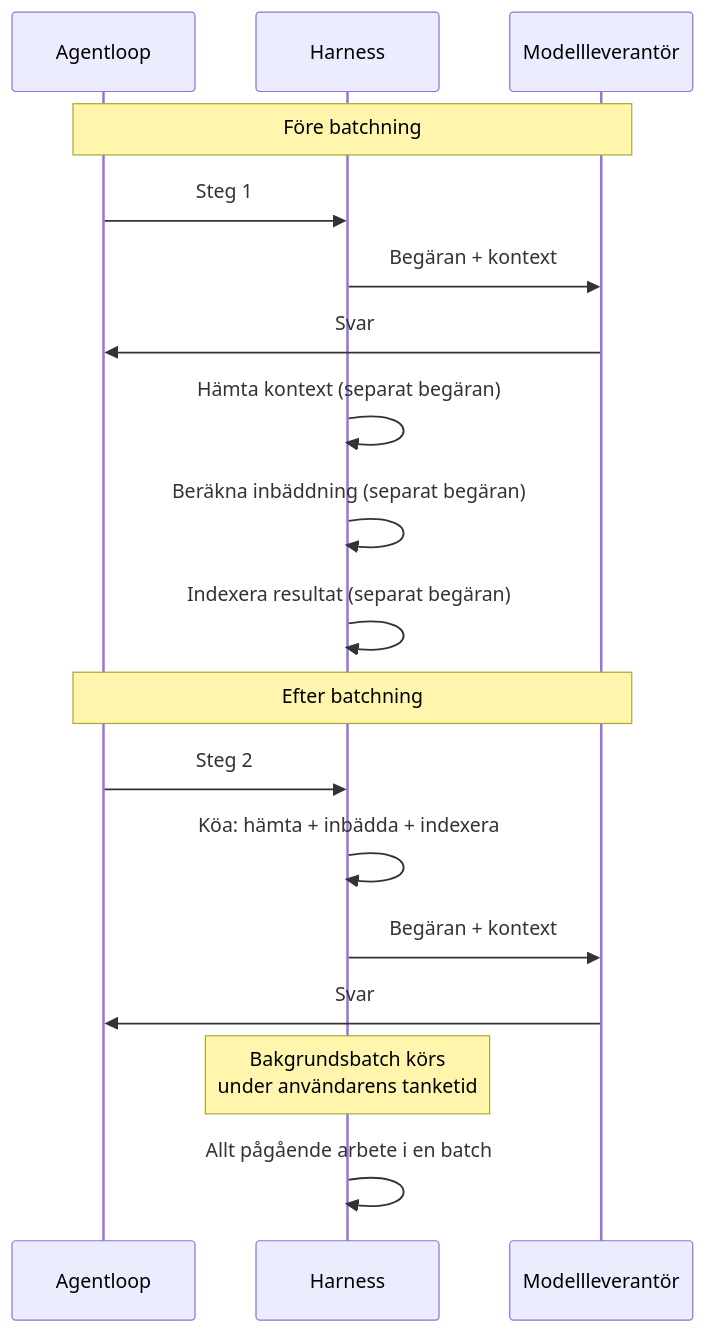
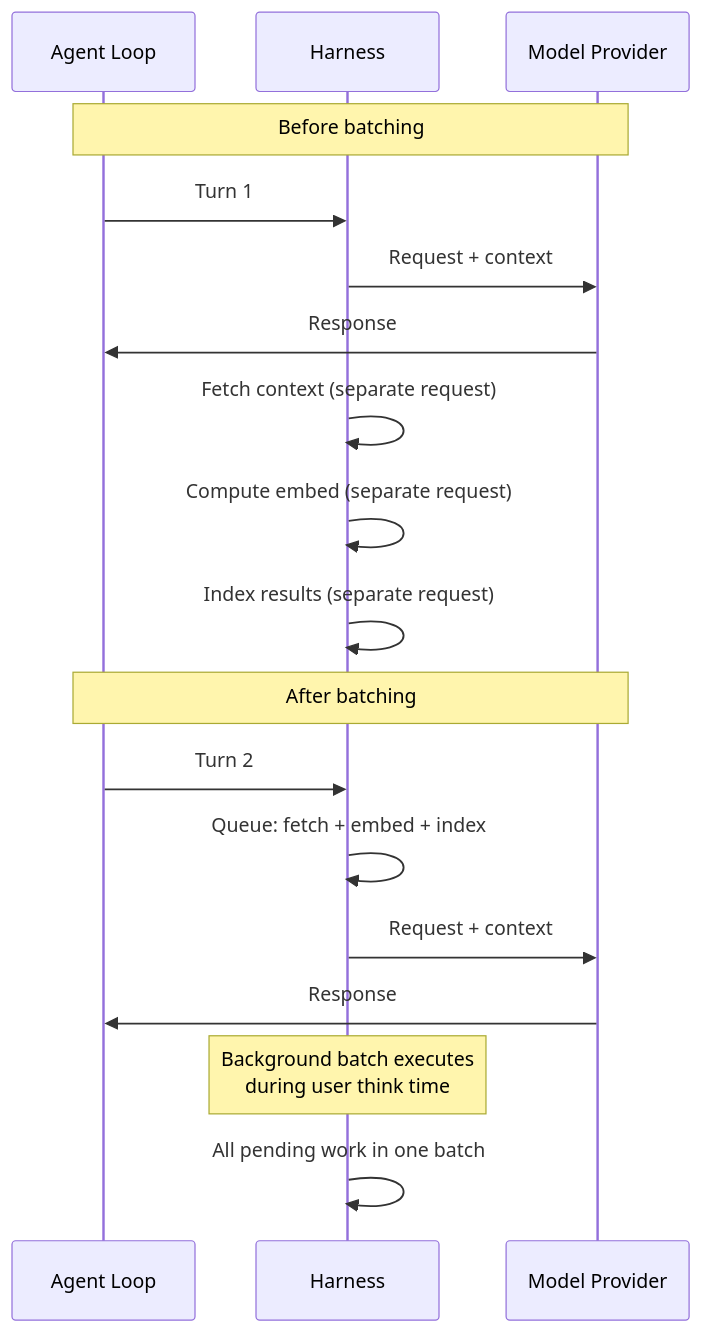
The second of 3 diagrams in token-economy-course/src/content/docs/sv/09-under-the-hood.mdx (dandahprecio/vibe-on-budget), drawn with Mermaid before and after one commit. The commit also changed other lines of this file and 23 other files, not shown here.

````diff
--- a/token-economy-course/src/content/docs/sv/09-under-the-hood.mdx
+++ b/token-economy-course/src/content/docs/sv/09-under-the-hood.mdx
@@ -205,22 +81,22 @@
 ```mermaid
 sequenceDiagram
-    participant Agent as Agentloop
+    participant Agent as Agent Loop
     participant Harness as Harness
-    participant Provider as Modellleverantör
-
-    Note over Agent,Provider: Före batchning
-    Agent->>Harness: Steg 1
-    Harness->>Provider: Begäran + kontext
-    Provider->>Agent: Svar
-    Harness->>Harness: Hämta kontext (separat begäran)
-    Harness->>Harness: Beräkna inbäddning (separat begäran)
-    Harness->>Harness: Indexera resultat (separat begäran)
-
-    Note over Agent,Provider: Efter batchning
-    Agent->>Harness: Steg 2
-    Harness->>Harness: Köa: hämta + inbädda + indexera
-    Harness->>Provider: Begäran + kontext
-    Provider->>Agent: Svar
-    Note over Harness: Bakgrundsbatch körs<br/>under användarens tanketid
-    Harness->>Harness: Allt pågående arbete i en batch
+    participant Provider as Model Provider
+    
+    Note over Agent,Provider: Before batching
+    Agent->>Harness: Turn 1
+    Harness->>Provider: Request + context
+    Provider->>Agent: Response
+    Harness->>Harness: Fetch context (separate request)
+    Harness->>Harness: Compute embed (separate request)
+    Harness->>Harness: Index results (separate request)
+    
+    Note over Agent,Provider: After batching
+    Agent->>Harness: Turn 2
+    Harness->>Harness: Queue: fetch + embed + index
+    Harness->>Provider: Request + context
+    Provider->>Agent: Response
+    Note over Harness: Background batch executes<br/>during user think time
+    Harness->>Harness: All pending work in one batch
 ```
````
